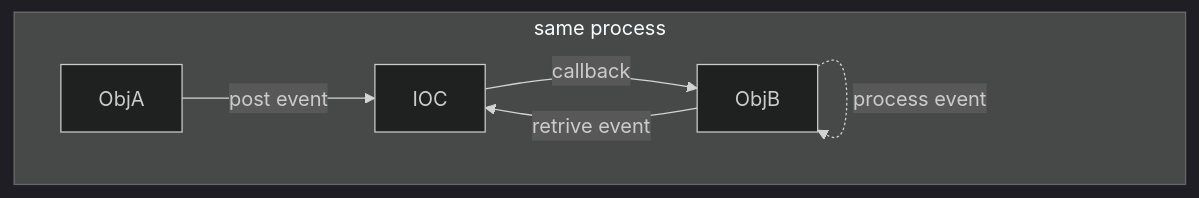
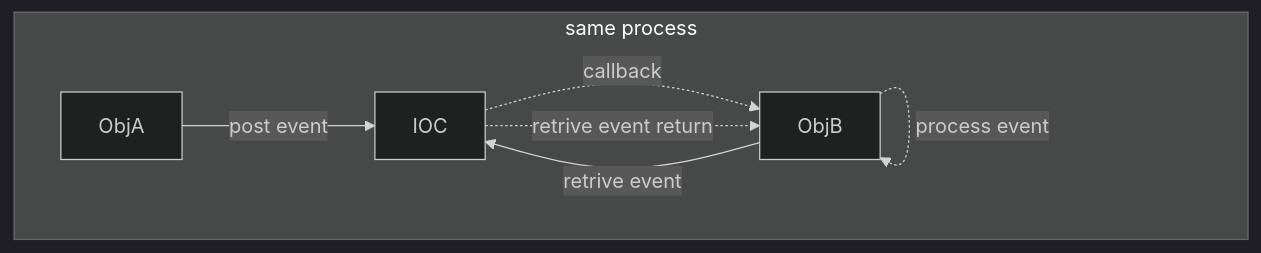
The first of 2 diagrams in README_UseCase.md (EnigmaWU/MyIOC_inTDD_withGHC), drawn with Mermaid (dark theme) before and after one commit.

Commit message:
Fix arrow direction in use case flowchart

````diff
--- a/README_UseCase.md
+++ b/README_UseCase.md
@@ -9,9 +9,10 @@
 ```mermaid
 flowchart
 subgraph same process
     ObjA --> |post event| IOC
-    IOC --> |callback| ObjB
+    IOC -.-> |callback| ObjB
     ObjB --> |retrive event| IOC
+    IOC -.-> |retrive event return| ObjB
     ObjB -.-> |process event| ObjB
 end
 ```
````
